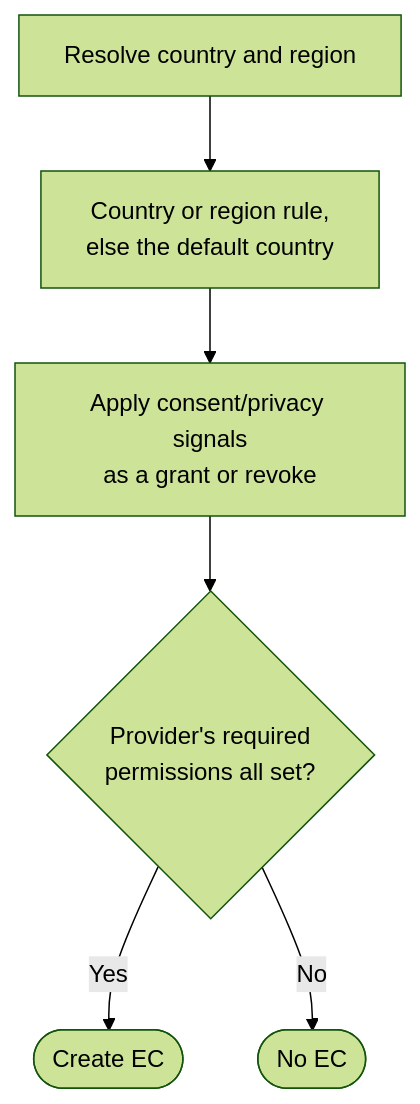
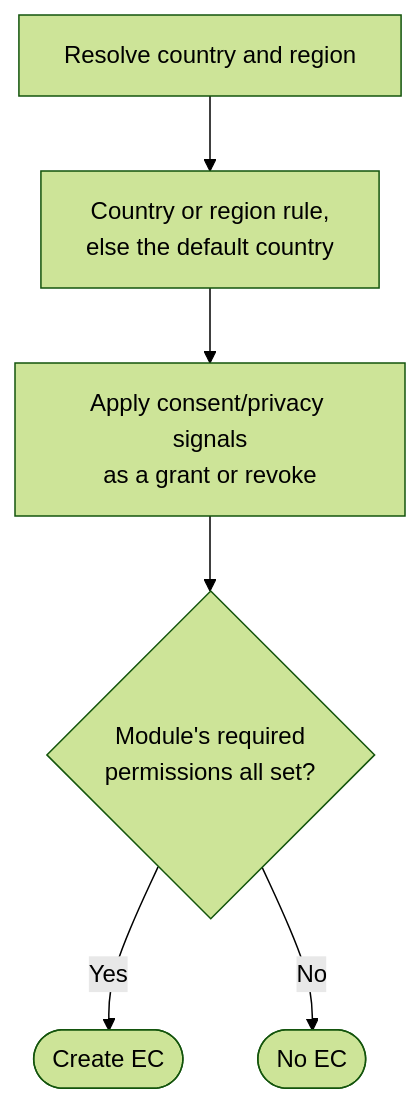
Before and after one commit to IABTechLab/trusted-server: the third of 7 diagrams in docs/guide/edge-cookies.md, drawn with Mermaid (forest theme). The commit also changed other lines of this file and 7 other files, not shown here.

First line of the commit message:
The documentation set says module where it said provider

````diff
--- a/docs/guide/edge-cookies.md
+++ b/docs/guide/edge-cookies.md
@@ -100,8 +100,8 @@
 ```mermaid
 flowchart TD
     Start[Resolve country and region] --> Baseline[Country or region rule,<br/>else the default country]
     Baseline --> Signals[Apply consent/privacy signals<br/>as a grant or revoke]
-    Signals --> Check{Provider's required<br/>permissions all set?}
+    Signals --> Check{Module's required<br/>permissions all set?}
     Check -- "Yes" --> Allow([Create EC])
     Check -- "No" --> Deny([No EC])
 ```
````
